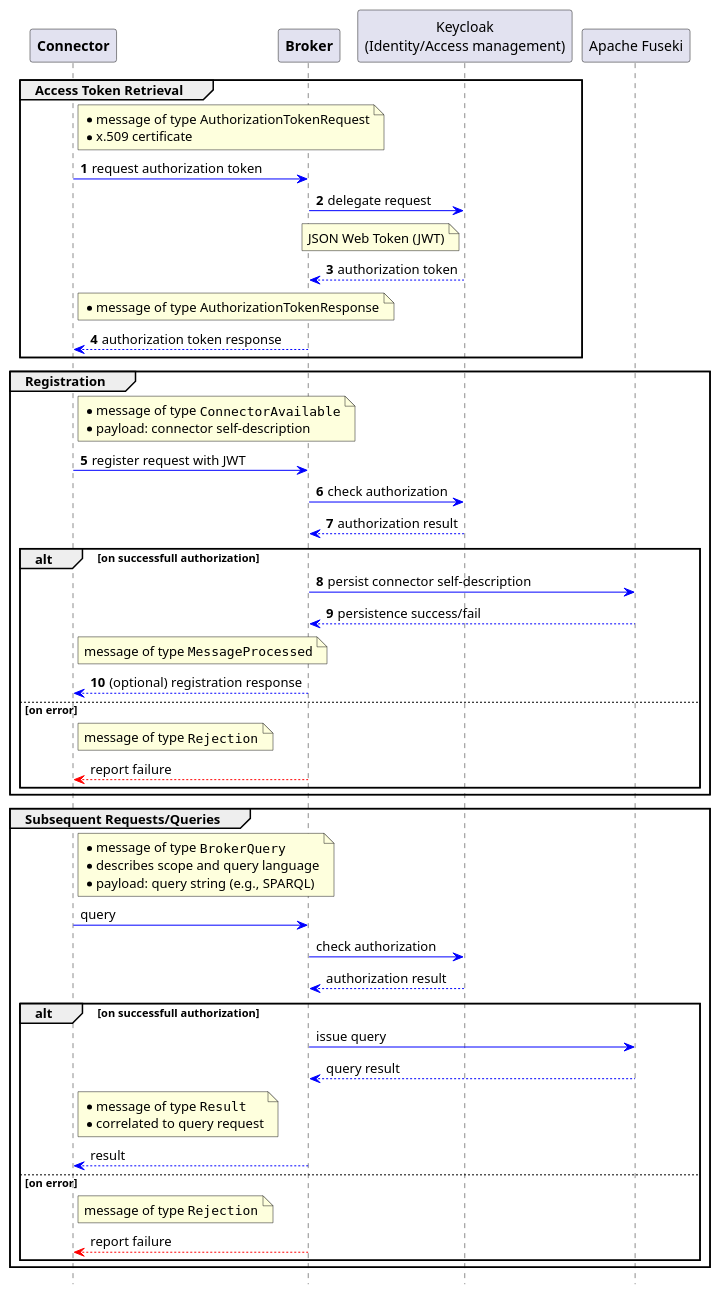
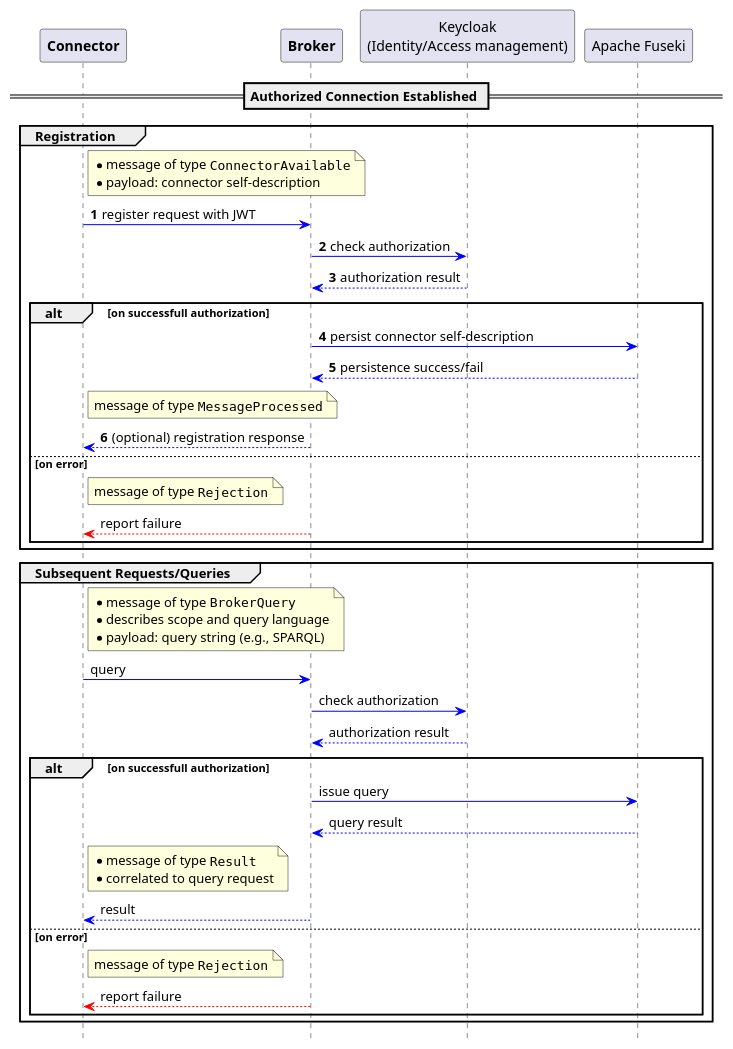
The diagram in connector_broker_interaction_http.plantuml (IndustrialDataSpace/Documentation), drawn with PlantUML before and after one commit. The commit also changed 4 other files, not shown here.

```diff
--- a/connector_broker_interaction_http.plantuml
+++ b/connector_broker_interaction_http.plantuml
@@ -1,67 +1,56 @@
 @startuml
 participant "**Connector**" as C
 participant "**Broker**" as B
 participant "Keycloak\n(Identity/Access management)" as K
 participant "Apache Fuseki" as F
 
 autonumber
 hide footbox
 
-group Access Token Retrieval
-    note right of C: *message of type AuthorizationTokenRequest\n*x.509 certificate
-    C -[#blue]> B : request authorization token
-
-    B -[#blue]> K : delegate request
-
-    note left of K: JSON Web Token (JWT)
-    B <-[#blue]-- K : authorization token
-
-    note right of C: *message of type AuthorizationTokenResponse
-    B --[#blue]> C : authorization token response
-end
+== Authorized Connection Established ==
 
 group Registration
     note right of C: *message of type ""ConnectorAvailable""\n*payload: connector self-description
     C -[#blue]> B : register request with JWT
 
     B -[#blue]> K : check authorization
     K --[#blue]> B : authorization result
 
     alt on successfull authorization
         B -[#blue]> F : persist connector self-description
         F --[#blue]> B : persistence success/fail
 
 
         note right of C: message of type ""MessageProcessed""
         B --[#blue]> C : (optional) registration response
 
     else on error
         autonumber stop
         note right of C: message of type ""Rejection""
         B --[#red]> C : report failure
     end
 end
 
 group Subsequent Requests/Queries
     note right of C: *message of type ""BrokerQuery""\n*describes scope and query language\n*payload: query string (e.g., SPARQL)
     C -[#blue]> B : query
 
     B -[#blue]> K : check authorization
     K --[#blue]> B : authorization result
 
     alt on successfull authorization
         B -[#blue]> F : issue query
         F --[#blue]> B : query result
 
 
         note right of C: *message of type ""Result""\n*correlated to query request
         B --[#blue]> C : result
 
     else on error
         autonumber stop
         note right of C: message of type ""Rejection""
         B --[#red]> C : report failure
     end
 end
 
 @enduml
```
